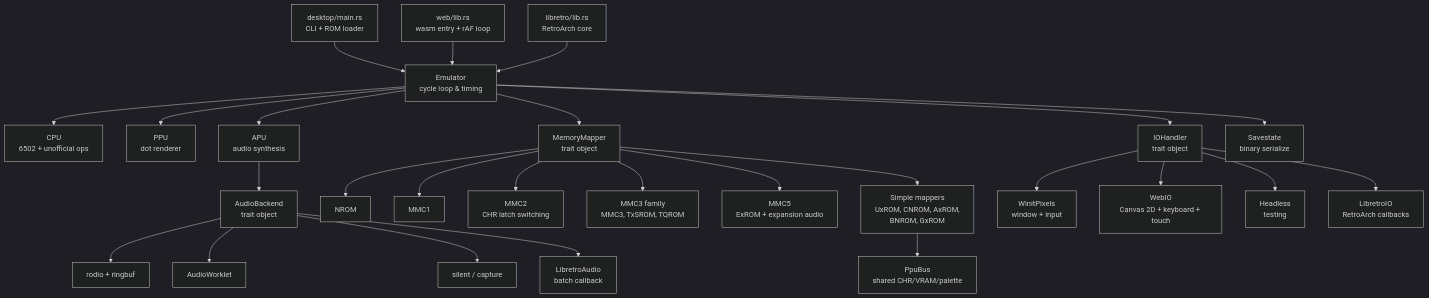
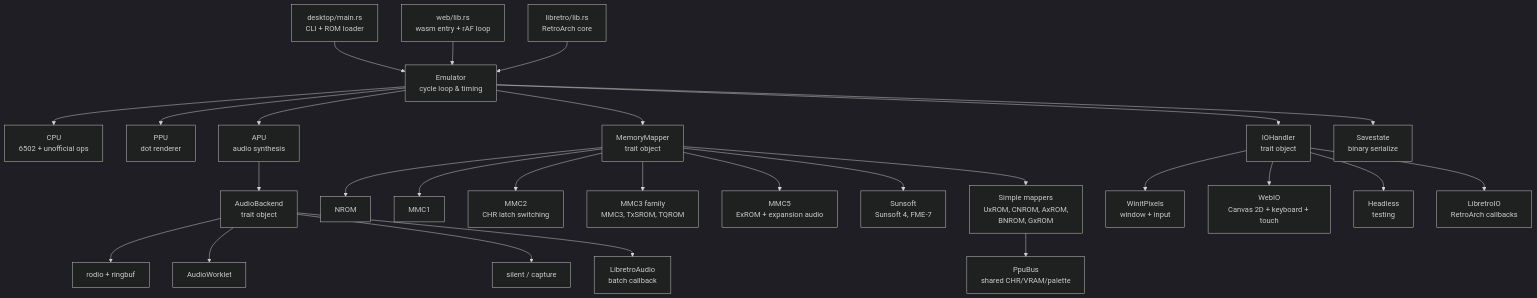
One commit to aastrand/krankulator changed the diagram in README.md. Above: the diagram before and after it, drawn with Mermaid (dark theme). The commit also changed other lines of this file and 5 other files, not shown here.

````diff
--- a/README.md
+++ b/README.md
@@ -32,33 +32,34 @@
 ```mermaid
 graph TD
     Main["desktop/main.rs<br/>CLI + ROM loader"] --> Emu["Emulator<br/>cycle loop & timing"]
     Web["web/lib.rs<br/>wasm entry + rAF loop"] --> Emu
     Libretro["libretro/lib.rs<br/>RetroArch core"] --> Emu
 
     Emu --> CPU["CPU<br/>6502 + unofficial ops"]
     Emu --> PPU["PPU<br/>dot renderer"]
     Emu --> APU["APU<br/>audio synthesis"]
     Emu --> Mem["MemoryMapper<br/>trait object"]
 
     Mem --> NROM
     Mem --> MMC1
     Mem --> MMC2["MMC2<br/>CHR latch switching"]
     Mem --> MMC3["MMC3 family<br/>MMC3, TxSROM, TQROM"]
     Mem --> MMC5["MMC5<br/>ExROM + expansion audio"]
+    Mem --> Sunsoft["Sunsoft<br/>Sunsoft 4, FME-7"]
     Mem --> Simple["Simple mappers<br/>UxROM, CNROM, AxROM,<br/>BNROM, GxROM"]
     Simple --> PpuBus["PpuBus<br/>shared CHR/VRAM/palette"]
 
     Emu --> IO["IOHandler<br/>trait object"]
     IO --> Winit["WinitPixels<br/>window + input"]
     IO --> WebIO["WebIO<br/>Canvas 2D + keyboard + touch"]
     IO --> Headless["Headless<br/>testing"]
     IO --> LibretroIO["LibretroIO<br/>RetroArch callbacks"]
 
     APU --> Audio["AudioBackend<br/>trait object"]
     Audio --> Rodio["rodio + ringbuf"]
     Audio --> Worklet["AudioWorklet"]
     Audio --> Silent["silent / capture"]
     Audio --> LibretroAudio["LibretroAudio<br/>batch callback"]
 
     Emu --> SS["Savestate<br/>binary serialize"]
 ```
````
